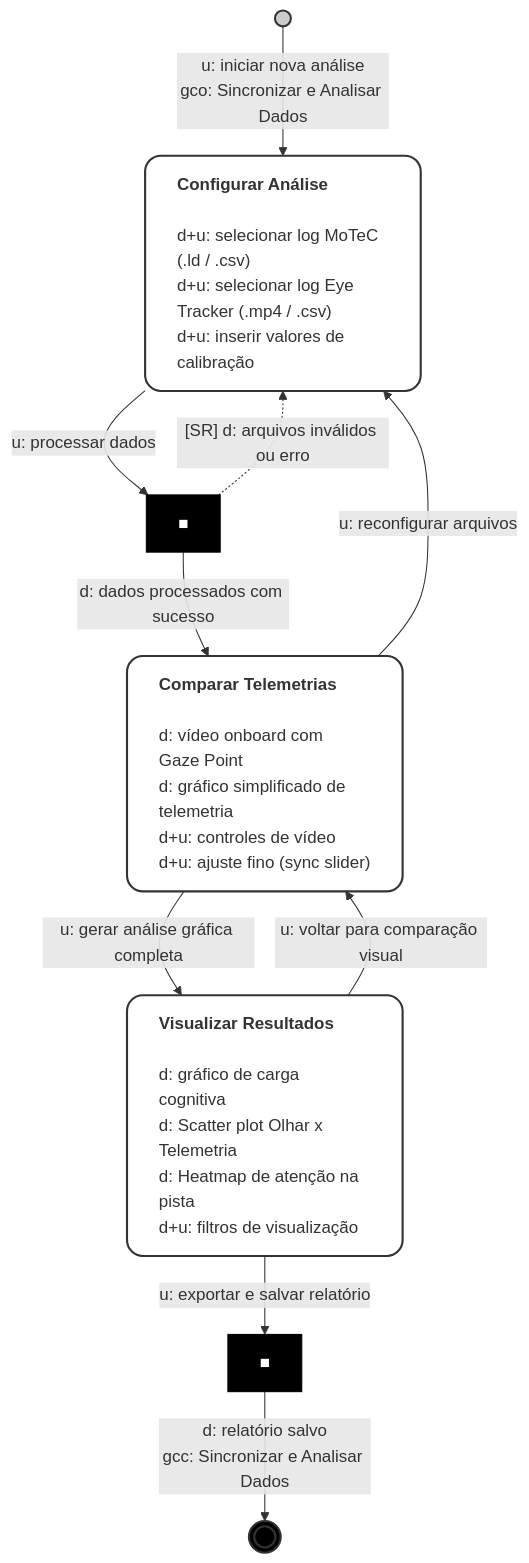
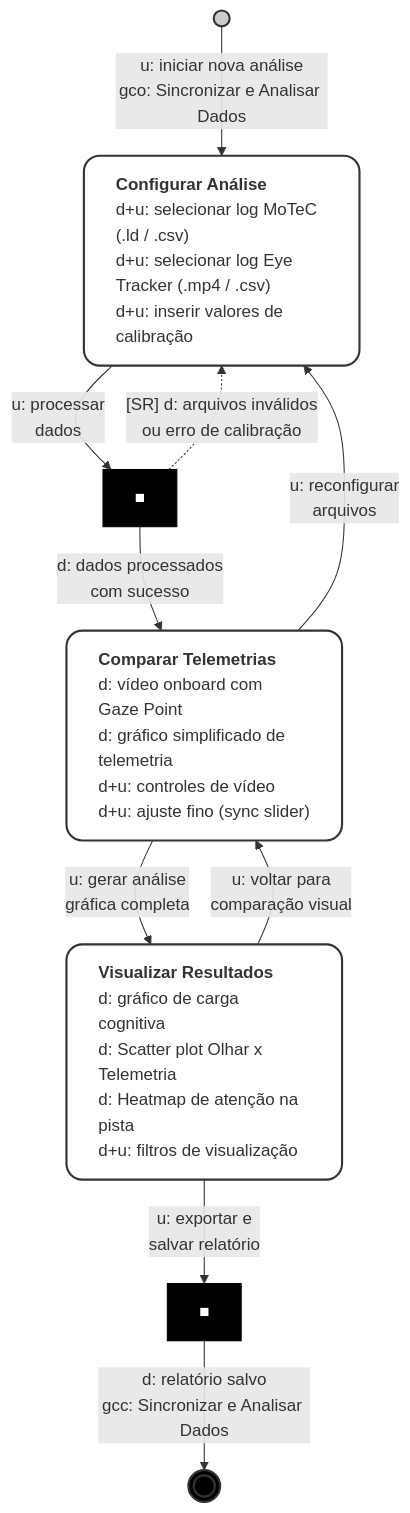
Before and after one commit to z0mer/CC8122_InterfaceHumanoComputador: the diagram in MoLIC.md, drawn with Mermaid.

````diff
--- a/MoLIC.md
+++ b/MoLIC.md
@@ -1,43 +1,54 @@
 ```mermaid 
 flowchart TD
     %% Ponto de Abertura (Acesso)
-    Start(( )) -->|u: iniciar nova análise\ngco: Sincronizar e Analisar Dados| Cena1
+    Start(( )) -->|u: iniciar nova análise<br/>gco: Sincronizar e Analisar Dados| Cena1
 
     %% Cena 1: Configuração
-    Cena1["<b>Configurar Análise</b><br><br>d+u: selecionar log MoTeC (.ld / .csv)<br>d+u: selecionar log Eye Tracker (.mp4 / .csv)<br>d+u: inserir valores de calibração"]
+    Cena1["`**Configurar Análise**
+    d+u: selecionar log MoTeC (.ld / .csv)
+    d+u: selecionar log Eye Tracker (.mp4 / .csv)
+    d+u: inserir valores de calibração`"]
     
     %% Preposto 1: Processamento da Cena 1
     Preposto1[■]
-    Cena1 -->|u: processar dados| Preposto1
+    Cena1 -->|u: processar<br/>dados| Preposto1
     
     %% Caminho de Erro (Tracejado) e Sucesso
-    Preposto1 -.->|"[SR] d: arquivos inválidos ou erro"| Cena1
-    Preposto1 -->|"d: dados processados com sucesso"| Cena2
+    Preposto1 -.->|"[SR] d: arquivos inválidos<br/>ou erro de calibração"| Cena1
+    Preposto1 -->|"d: dados processados<br/>com sucesso"| Cena2
 
     %% Cena 2: Comparação Visual
-    Cena2["<b>Comparar Telemetrias</b><br><br>d: vídeo onboard com Gaze Point<br>d: gráfico simplificado de telemetria<br>d+u: controles de vídeo<br>d+u: ajuste fino (sync slider)"]
+    Cena2["`**Comparar Telemetrias**
+    d: vídeo onboard com Gaze Point
+    d: gráfico simplificado de telemetria
+    d+u: controles de vídeo
+    d+u: ajuste fino (sync slider)`"]
     
     %% Transições da Cena 2
-    Cena2 -->|u: reconfigurar arquivos| Cena1
-    Cena2 -->|u: gerar análise gráfica completa| Cena3
+    Cena2 -->|u: reconfigurar<br/>arquivos| Cena1
+    Cena2 -->|u: gerar análise<br/>gráfica completa| Cena3
 
     %% Cena 3: Visualização dos Resultados
-    Cena3["<b>Visualizar Resultados</b><br><br>d: gráfico de carga cognitiva<br>d: Scatter plot Olhar x Telemetria<br>d: Heatmap de atenção na pista<br>d+u: filtros de visualização"]
+    Cena3["`**Visualizar Resultados**
+    d: gráfico de carga cognitiva
+    d: Scatter plot Olhar x Telemetria
+    d: Heatmap de atenção na pista
+    d+u: filtros de visualização`"]
     
     %% Transições da Cena 3
-    Cena3 -->|u: voltar para comparação visual| Cena2
+    Cena3 -->|u: voltar para<br/>comparação visual| Cena2
     
     %% Preposto 2 e Encerramento
     Preposto2[■]
-    Cena3 -->|u: exportar e salvar relatório| Preposto2
-    Preposto2 -->|"d: relatório salvo<br>gcc: Sincronizar e Analisar Dados"| End((( )))
+    Cena3 -->|u: exportar e<br/>salvar relatório| Preposto2
+    Preposto2 -->|"d: relatório salvo<br/>gcc: Sincronizar e Analisar Dados"| End((( )))
     
     %% Estilização para ficar no padrão MoLIC
     style Start fill:#ccc,stroke:#333,stroke-width:2px
     style Cena1 fill:#fff,stroke:#333,stroke-width:2px,rx:15,ry:15,text-align:left
     style Cena2 fill:#fff,stroke:#333,stroke-width:2px,rx:15,ry:15,text-align:left
     style Cena3 fill:#fff,stroke:#333,stroke-width:2px,rx:15,ry:15,text-align:left
     style Preposto1 fill:#000,stroke:#000,color:#fff
     style Preposto2 fill:#000,stroke:#000,color:#fff
     style End fill:#000,stroke:#333,stroke-width:2px
 ```
````
